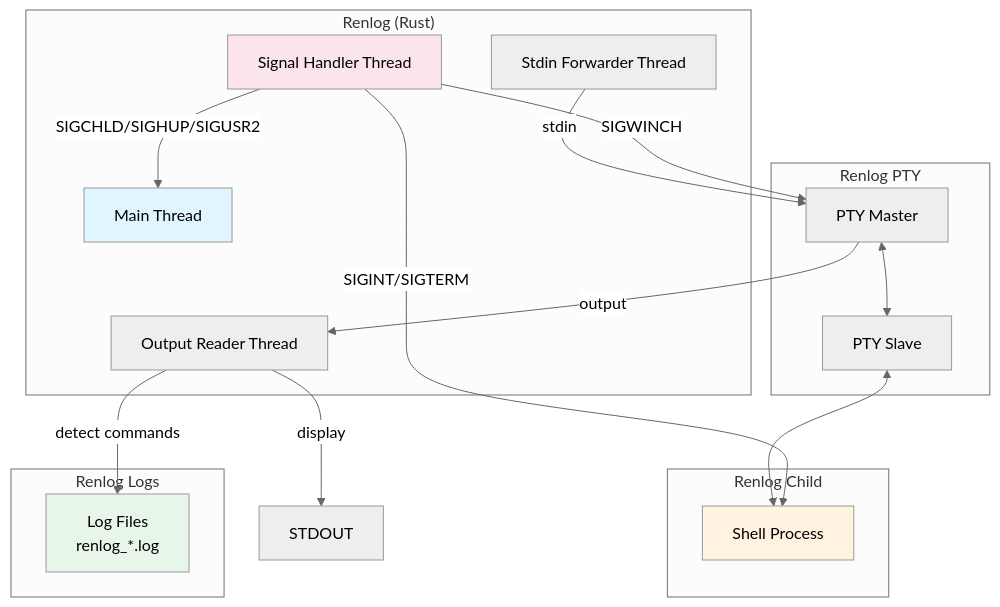
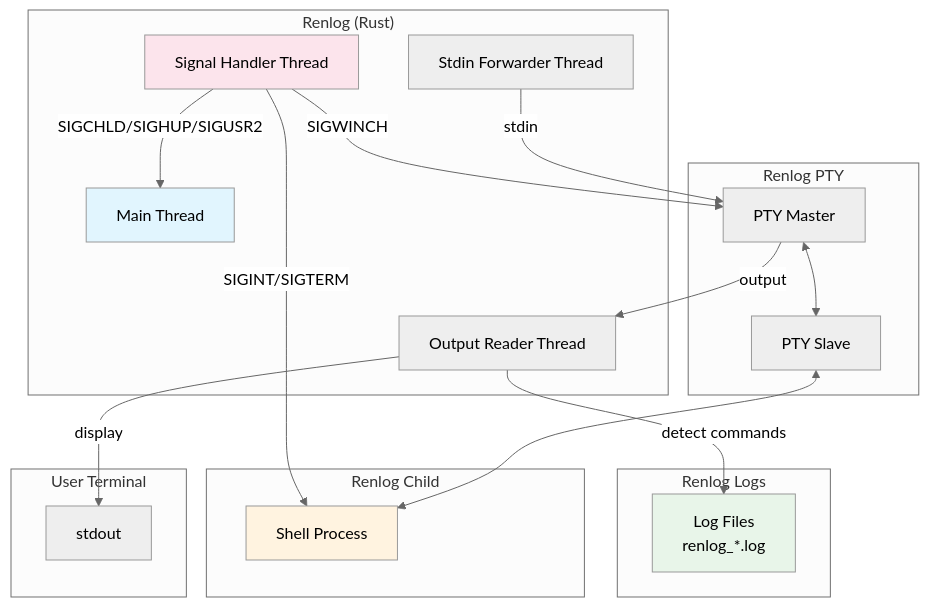
The third of 3 diagrams in README.md (akawashiro/renlog), drawn with Mermaid (neutral theme) before and after one commit.

Commit message:
Fix README diagram: add missing stdout node definition
- Add proper "User Terminal" subgraph with RSTDOUT node in Renlog comparison diagram
- Fix undefined node reference in diagram flow

🤖 Generated with [Claude Code](https://claude.ai/code)

````diff
--- a/README.md
+++ b/README.md
@@ -149,37 +149,41 @@
 ```mermaid
 graph TB
     subgraph "Renlog (Rust)"
         RMP[Main Thread]
         RSH[Signal Handler Thread]
         RST[Stdin Forwarder Thread]
         ROT[Output Reader Thread]
     end
     
     subgraph "Renlog PTY"
         RPM[PTY Master]
         RPS[PTY Slave]
     end
     
     subgraph "Renlog Child"
         RSHELL[Shell Process]
     end
     
     subgraph "Renlog Logs"
         RLF[Log Files<br/>renlog_*.log]
     end
     
+    subgraph "User Terminal"
+        RSTDOUT[stdout]
+    end
+    
     RST -->|stdin| RPM
     RPM <--> RPS
     RPS <--> RSHELL
     RPM -->|output| ROT
-    ROT -->|display| STDOUT
+    ROT -->|display| RSTDOUT
     ROT -->|detect commands| RLF
     RSH -->|SIGWINCH| RPM
     RSH -->|SIGINT/SIGTERM| RSHELL
     RSH -->|SIGCHLD/SIGHUP/SIGUSR2| RMP
     
     style RMP fill:#e1f5fe
     style RSHELL fill:#fff3e0
     style RSH fill:#fce4ec
     style RLF fill:#e8f5e9
 ```
````
